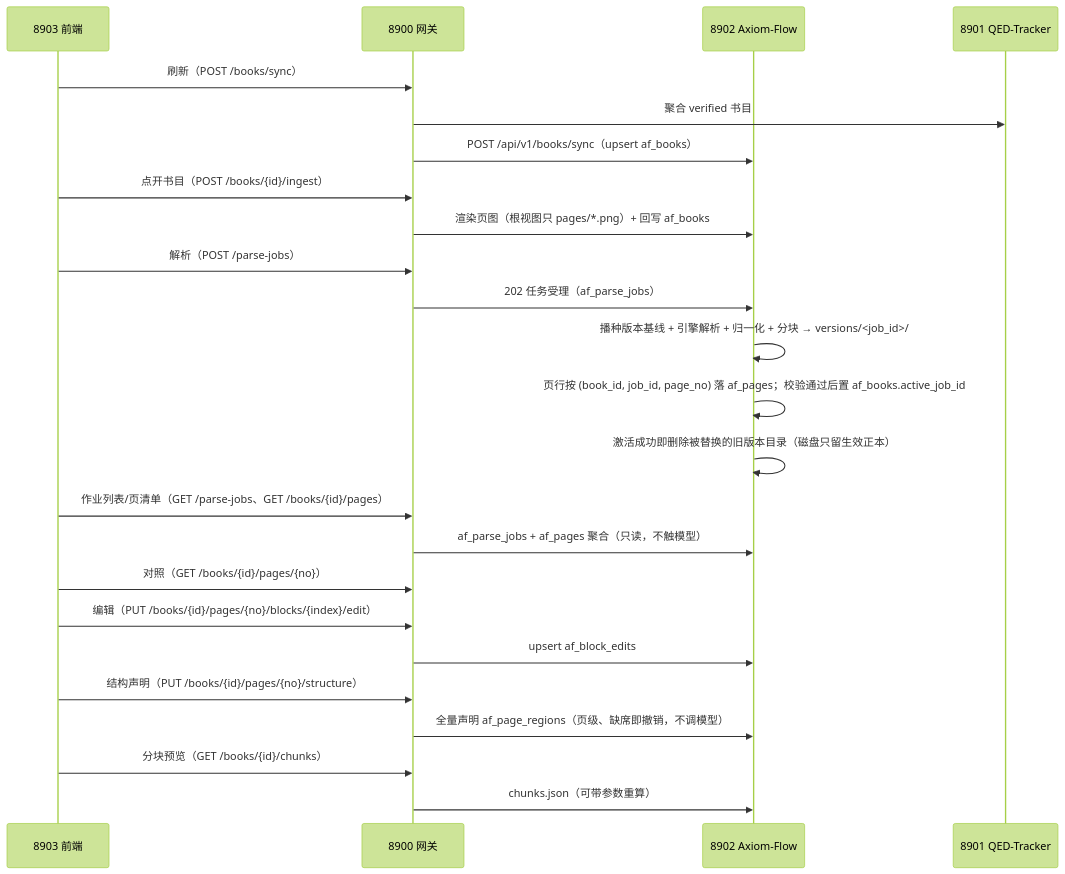
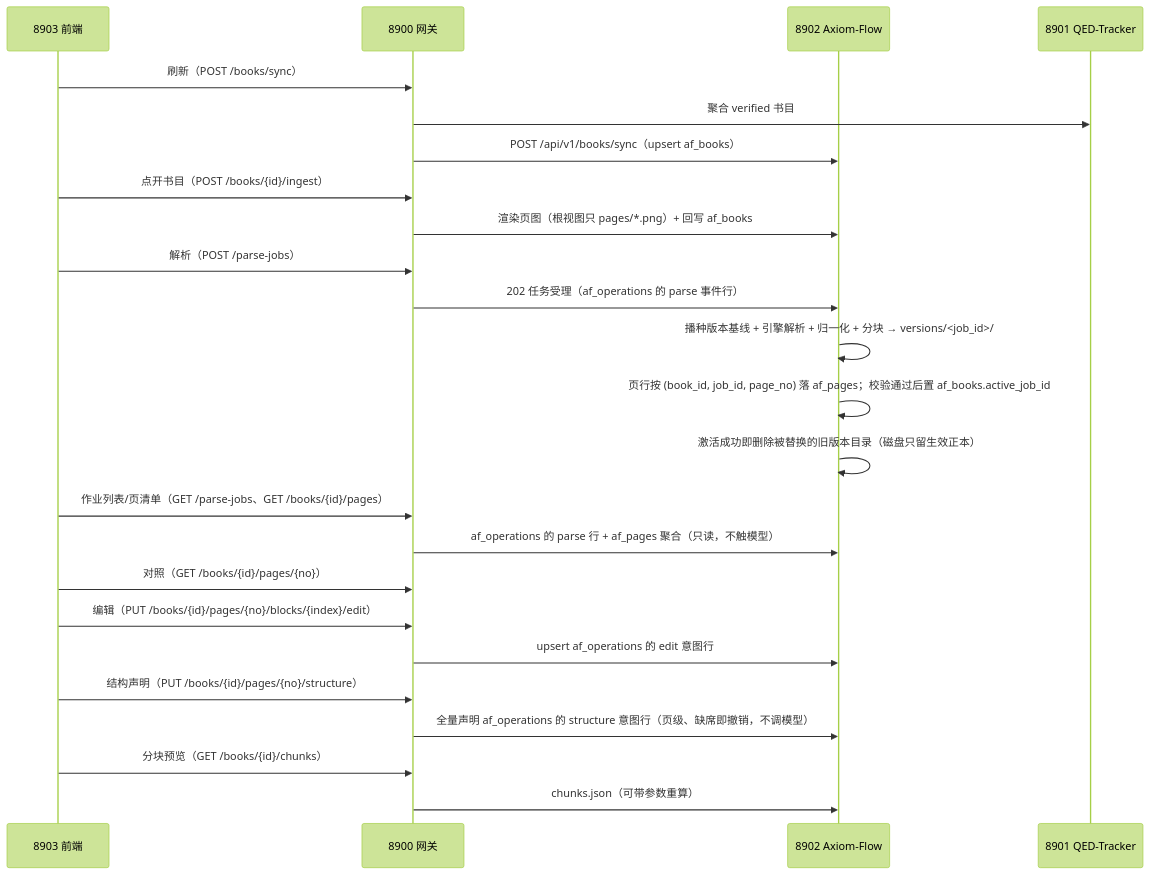
Before and after one commit to swfswf1234/Axiom-Flow: the diagram in docs/design/parsing-management.md, drawn with Mermaid (forest theme). The commit also changed other lines of this file and 57 other files, not shown here.

````diff
--- a/docs/design/parsing-management.md
+++ b/docs/design/parsing-management.md
@@ -56,26 +56,26 @@
 ```mermaid
 sequenceDiagram
     participant FE as 8903 前端
     participant GW as 8900 网关
     participant AX as 8902 Axiom-Flow
     participant TR as 8901 QED-Tracker
     FE->>GW: 刷新（POST /books/sync）
     GW->>TR: 聚合 verified 书目
     GW->>AX: POST /api/v1/books/sync（upsert af_books）
     FE->>GW: 点开书目（POST /books/{id}/ingest）
     GW->>AX: 渲染页图（根视图只 pages/*.png）+ 回写 af_books
     FE->>GW: 解析（POST /parse-jobs）
-    GW->>AX: 202 任务受理（af_parse_jobs）
+    GW->>AX: 202 任务受理（af_operations 的 parse 事件行）
     AX->>AX: 播种版本基线 + 引擎解析 + 归一化 + 分块 → versions/<job_id>/
     AX->>AX: 页行按 (book_id, job_id, page_no) 落 af_pages；校验通过后置 af_books.active_job_id
     AX->>AX: 激活成功即删除被替换的旧版本目录（磁盘只留生效正本）
     FE->>GW: 作业列表/页清单（GET /parse-jobs、GET /books/{id}/pages）
-    GW->>AX: af_parse_jobs + af_pages 聚合（只读，不触模型）
+    GW->>AX: af_operations 的 parse 行 + af_pages 聚合（只读，不触模型）
     FE->>GW: 对照（GET /books/{id}/pages/{no}）
     FE->>GW: 编辑（PUT /books/{id}/pages/{no}/blocks/{index}/edit）
-    GW->>AX: upsert af_block_edits
+    GW->>AX: upsert af_operations 的 edit 意图行
     FE->>GW: 结构声明（PUT /books/{id}/pages/{no}/structure）
-    GW->>AX: 全量声明 af_page_regions（页级、缺席即撤销，不调模型）
+    GW->>AX: 全量声明 af_operations 的 structure 意图行（页级、缺席即撤销，不调模型）
     FE->>GW: 分块预览（GET /books/{id}/chunks）
     GW->>AX: chunks.json（可带参数重算）
 ```
````
